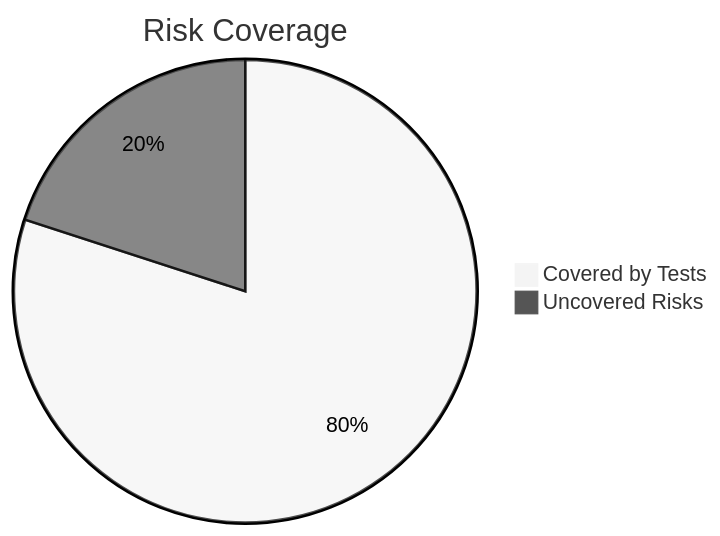
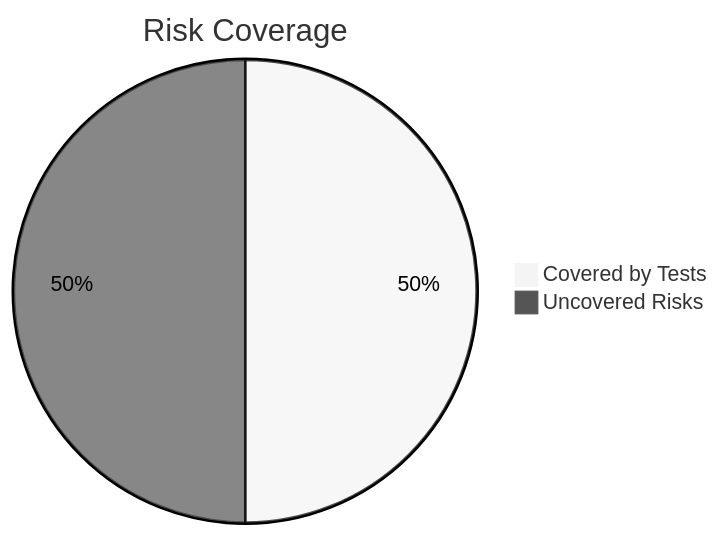
One commit to PLP-Database-DEPT/swt-w5 changed the first of 2 diagrams in Final Test Report.md. Above: the diagram before and after it, drawn with Mermaid (neutral theme). The commit also changed other lines of this file, not shown here.

````diff
--- a/Final Test Report.md
+++ b/Final Test Report.md
@@ -63,6 +63,6 @@
 ```mermaid  
 pie  
     title Risk Coverage  
-    "Covered by Tests" : 80  
-    "Uncovered Risks" : 20  
+    "Covered by Tests" :50   
+    "Uncovered Risks" :50   
 ```  
````
